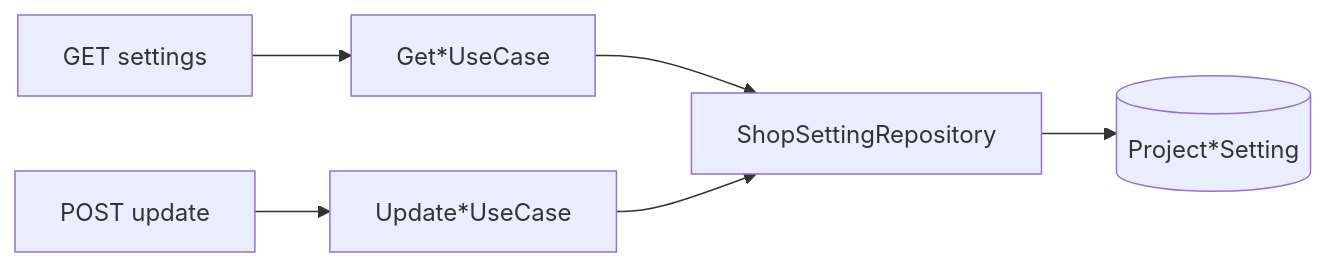
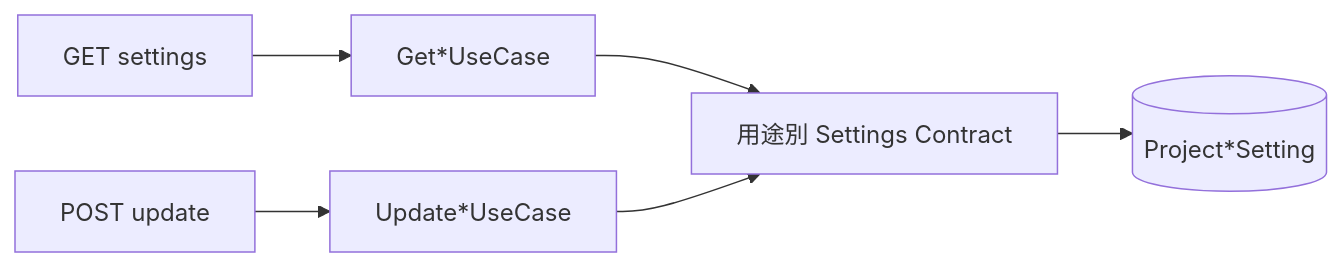
One commit to kosukesh34/Reggit changed diagram 17 of 18 in docs/PROCESS_FLOWS.md. Above: the diagram before and after it, drawn with Mermaid. The commit also changed other lines of this file and 46 other files, not shown here.

Commit message:
refactor architecture boundaries and transactional safety

````diff
--- a/docs/PROCESS_FLOWS.md
+++ b/docs/PROCESS_FLOWS.md
@@ -325,8 +325,8 @@
 ```mermaid
 flowchart LR
   GET[GET settings] --> GetUC[Get*UseCase]
   POST[POST update] --> UpdUC[Update*UseCase]
-  GetUC --> Repo[ShopSettingRepository]
+  GetUC --> Repo[用途別 Settings Contract]
   UpdUC --> Repo
   Repo --> T[(Project*Setting)]
 ```
````
